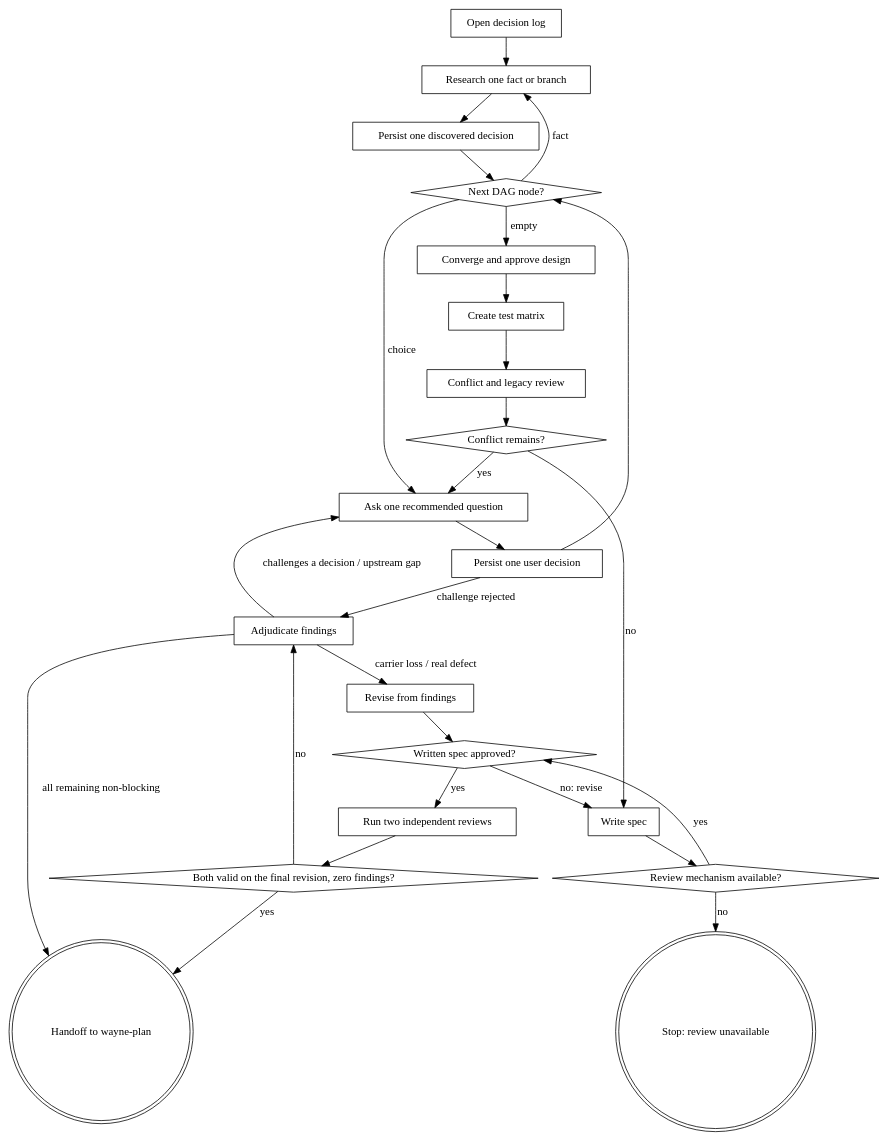
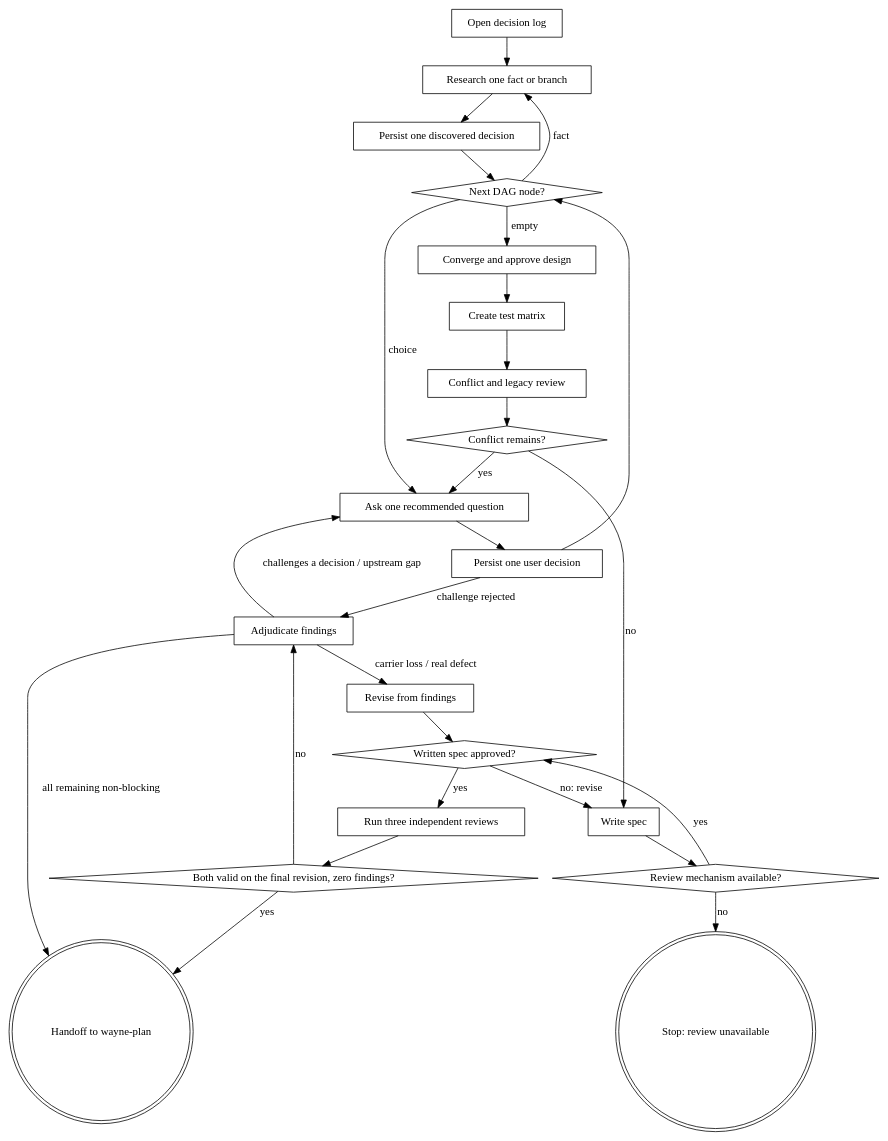
One commit to waynejing995/wayne-taste changed the diagram in wayne-mind-explode/SKILL.md. Above: the diagram before and after it, drawn with Graphviz. The commit also changed other lines of this file and 8 other files, not shown here.

````diff
--- a/wayne-mind-explode/SKILL.md
+++ b/wayne-mind-explode/SKILL.md
@@ -48,51 +48,51 @@
 ```dot
 digraph mind_explode {
     rankdir=TB;
     A [label="Open decision log", shape=box];
     B [label="Research one fact or branch", shape=box];
     P [label="Persist one discovered decision", shape=box];
     C [label="Next DAG node?", shape=diamond];
     D [label="Ask one recommended question", shape=box];
     Q [label="Persist one user decision", shape=box];
     E [label="Converge and approve design", shape=box];
     F [label="Create test matrix", shape=box];
     G [label="Conflict and legacy review", shape=box];
     H [label="Conflict remains?", shape=diamond];
     I [label="Write spec", shape=box];
     V [label="Written spec approved?", shape=diamond];
-    J [label="Run two independent reviews", shape=box];
+    J [label="Run three independent reviews", shape=box];
     K [label="Both valid on the final revision, zero findings?", shape=diamond];
     ADJ [label="Adjudicate findings", shape=box];
     R [label="Revise from findings", shape=box];
     U [label="Review mechanism available?", shape=diamond];
     X [label="Stop: review unavailable", shape=doublecircle];
     L [label="Handoff to wayne-plan", shape=doublecircle];
 
     A -> B;
     B -> P;
     P -> C;
     C -> B [label="fact"];
     C -> D [label="choice"];
     D -> Q;
     Q -> C;
     Q -> ADJ [label="challenge rejected"];
     C -> E [label="empty"];
     E -> F;
     F -> G;
     G -> H;
     H -> D [label="yes"];
     H -> I [label="no"];
     I -> U;
     U -> V [label="yes"];
     U -> X [label="no"];
     V -> I [label="no: revise"];
     V -> J [label="yes"];
     J -> K;
     K -> L [label="yes"];
     K -> ADJ [label="no"];
     ADJ -> R [label="carrier loss / real defect"];
     ADJ -> D [label="challenges a decision / upstream gap"];
     ADJ -> L [label="all remaining non-blocking"];
     R -> V;
 }
 ```
````
